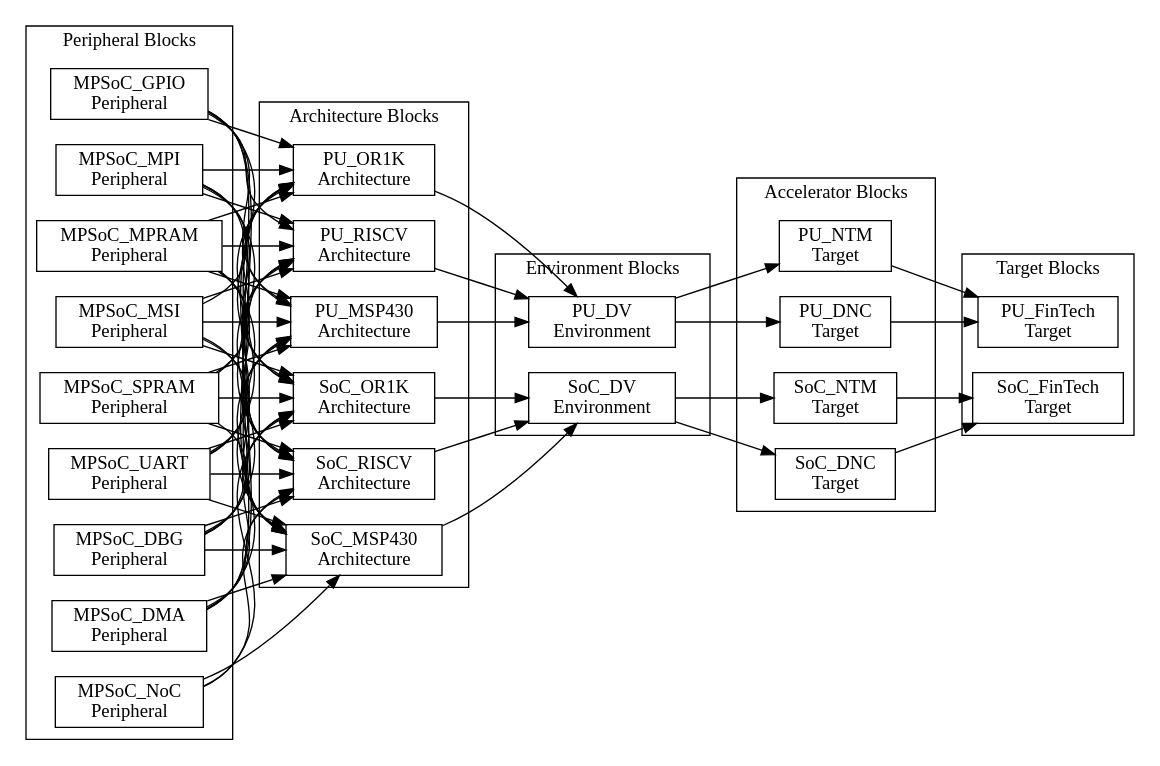
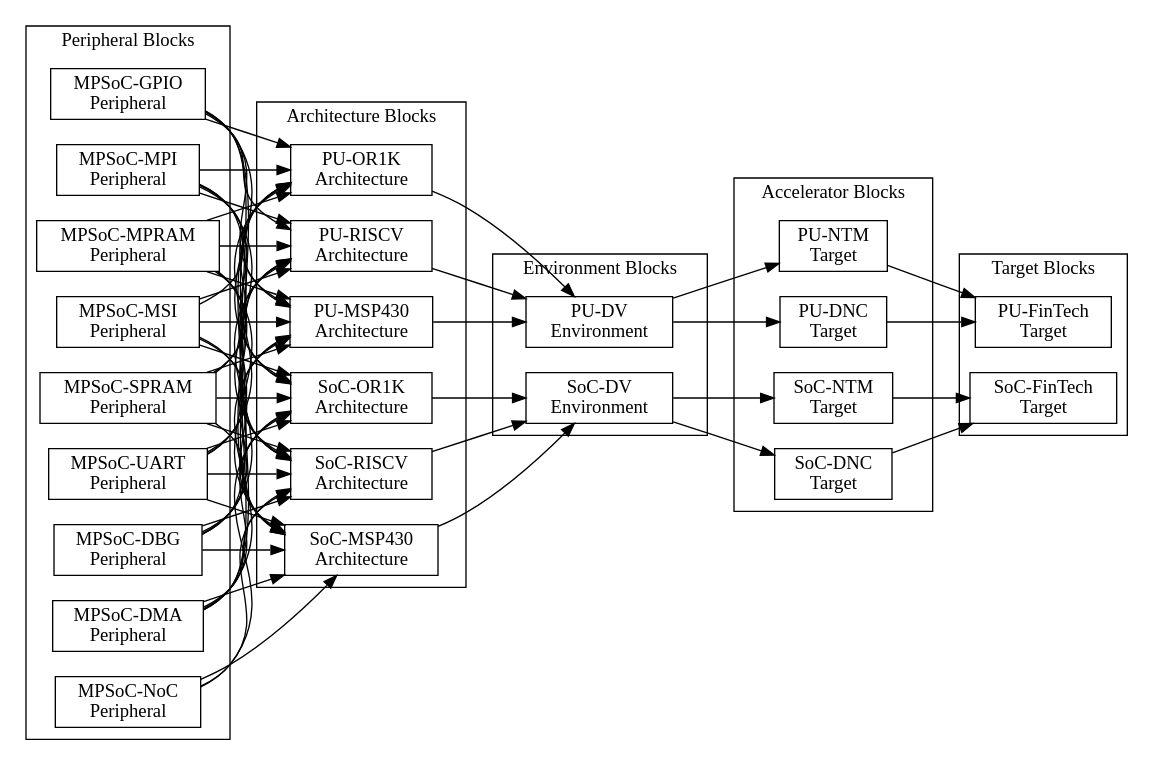
The diagram in doc/acceleration/assets/chapter5/dependences-soc-fintech.dot (PacoReinaCampo/SoC-RTOS), drawn with Graphviz before and after one commit. The commit also changed 57 other files, not shown here.

```diff
--- a/doc/acceleration/assets/chapter5/dependences-soc-fintech.dot
+++ b/doc/acceleration/assets/chapter5/dependences-soc-fintech.dot
@@ -1,132 +1,132 @@
 digraph Project {
   // Introduction
   graph [rankdir = LR];
   node[shape=record];
 
   // Peripheral Blocks
   subgraph "cluster PeripheralBlocks" { label = "Peripheral Blocks";
-    MPSoC_DBG[label="MPSoC_DBG \nPeripheral"];
-    MPSoC_DMA[label="MPSoC_DMA \nPeripheral"];
-    MPSoC_GPIO[label="MPSoC_GPIO \nPeripheral"];
-    MPSoC_MPI[label="MPSoC_MPI \nPeripheral"];
-    MPSoC_MPRAM[label="MPSoC_MPRAM \nPeripheral"];
-    MPSoC_MSI[label="MPSoC_MSI \nPeripheral"];
-    MPSoC_NoC[label="MPSoC_NoC \nPeripheral"];
-    MPSoC_SPRAM[label="MPSoC_SPRAM \nPeripheral"];
-    MPSoC_UART[label="MPSoC_UART \nPeripheral"];
+    MPSoC_DBG[label="MPSoC-DBG \nPeripheral"];
+    MPSoC_DMA[label="MPSoC-DMA \nPeripheral"];
+    MPSoC_GPIO[label="MPSoC-GPIO \nPeripheral"];
+    MPSoC_MPI[label="MPSoC-MPI \nPeripheral"];
+    MPSoC_MPRAM[label="MPSoC-MPRAM \nPeripheral"];
+    MPSoC_MSI[label="MPSoC-MSI \nPeripheral"];
+    MPSoC_NoC[label="MPSoC-NoC \nPeripheral"];
+    MPSoC_SPRAM[label="MPSoC-SPRAM \nPeripheral"];
+    MPSoC_UART[label="MPSoC-UART \nPeripheral"];
   }
 
   // Architecture Blocks
   subgraph "cluster ArchitectureBlocks" { label = "Architecture Blocks";
-    SoC_MSP430[label="SoC_MSP430 \nArchitecture"];
-    SoC_OR1K[label="SoC_OR1K \nArchitecture"];
-    SoC_RISCV[label="SoC_RISCV \nArchitecture"];
-    PU_MSP430[label="PU_MSP430 \nArchitecture"];
-    PU_OR1K[label="PU_OR1K \nArchitecture"];
-    PU_RISCV[label="PU_RISCV \nArchitecture"];
+    SoC_MSP430[label="SoC-MSP430 \nArchitecture"];
+    SoC_OR1K[label="SoC-OR1K \nArchitecture"];
+    SoC_RISCV[label="SoC-RISCV \nArchitecture"];
+    PU_MSP430[label="PU-MSP430 \nArchitecture"];
+    PU_OR1K[label="PU-OR1K \nArchitecture"];
+    PU_RISCV[label="PU-RISCV \nArchitecture"];
   }
 
   // Environment Blocks
   subgraph "cluster EnvironmentBlocks" { label = "Environment Blocks";
-    SoC_DV[label="SoC_DV \nEnvironment"];
-    PU_DV[label="PU_DV \nEnvironment"];
+    SoC_DV[label="SoC-DV \nEnvironment"];
+    PU_DV[label="PU-DV \nEnvironment"];
   }
 
   // Accelerator Blocks
   subgraph "cluster AcceleratorBlocks" { label = "Accelerator Blocks";
-    SoC_NTM[label="SoC_NTM \nTarget"];
-    PU_NTM[label="PU_NTM \nTarget"];
+    SoC_NTM[label="SoC-NTM \nTarget"];
+    PU_NTM[label="PU-NTM \nTarget"];
 
-    SoC_DNC[label="SoC_DNC \nTarget"];
-    PU_DNC[label="PU_DNC \nTarget"];
+    SoC_DNC[label="SoC-DNC \nTarget"];
+    PU_DNC[label="PU-DNC \nTarget"];
   }
 
   // Target Blocks
   subgraph "cluster TargetBlocks" { label = "Target Blocks";
-    SoC_FinTech[label="SoC_FinTech \nTarget"];
-    PU_FinTech[label="PU_FinTech \nTarget"];
+    SoC_FinTech[label="SoC-FinTech \nTarget"];
+    PU_FinTech[label="PU-FinTech \nTarget"];
   }
 
   // Peripheral -> Architecture
   MPSoC_DBG -> SoC_MSP430;
   MPSoC_DMA -> SoC_MSP430;
   MPSoC_GPIO -> SoC_MSP430;
   MPSoC_MPI -> SoC_MSP430;
   MPSoC_MPRAM -> SoC_MSP430;
   MPSoC_MSI -> SoC_MSP430;
   MPSoC_NoC -> SoC_MSP430;
   MPSoC_SPRAM -> SoC_MSP430;
   MPSoC_UART -> SoC_MSP430;
 
   MPSoC_DBG -> PU_MSP430;
   MPSoC_DMA -> PU_MSP430;
   MPSoC_GPIO -> PU_MSP430;
   MPSoC_MPI -> PU_MSP430;
   MPSoC_MPRAM -> PU_MSP430;
   MPSoC_MSI -> PU_MSP430;
   MPSoC_SPRAM -> PU_MSP430;
   MPSoC_UART -> PU_MSP430;
 
 
   MPSoC_DBG -> SoC_OR1K;
   MPSoC_DMA -> SoC_OR1K;
   MPSoC_GPIO -> SoC_OR1K;
   MPSoC_MPI -> SoC_OR1K;
   MPSoC_MPRAM -> SoC_OR1K;
   MPSoC_MSI -> SoC_OR1K;
   MPSoC_NoC -> SoC_OR1K;
   MPSoC_SPRAM -> SoC_OR1K;
   MPSoC_UART -> SoC_OR1K;
 
   MPSoC_DBG -> PU_OR1K;
   MPSoC_DMA -> PU_OR1K;
   MPSoC_GPIO -> PU_OR1K;
   MPSoC_MPI -> PU_OR1K;
   MPSoC_MPRAM -> PU_OR1K;
   MPSoC_MSI -> PU_OR1K;
   MPSoC_SPRAM -> PU_OR1K;
   MPSoC_UART -> PU_OR1K;
 
 
   MPSoC_DBG -> SoC_RISCV;
   MPSoC_DMA -> SoC_RISCV;
   MPSoC_GPIO -> SoC_RISCV;
   MPSoC_MPI -> SoC_RISCV;
   MPSoC_MPRAM -> SoC_RISCV;
   MPSoC_MSI -> SoC_RISCV;
   MPSoC_NoC -> SoC_RISCV;
   MPSoC_SPRAM -> SoC_RISCV;
   MPSoC_UART -> SoC_RISCV;
 
   MPSoC_DBG -> PU_RISCV;
   MPSoC_DMA -> PU_RISCV;
   MPSoC_GPIO -> PU_RISCV;
   MPSoC_MPI -> PU_RISCV;
   MPSoC_MPRAM -> PU_RISCV;
   MPSoC_MSI -> PU_RISCV;
   MPSoC_SPRAM -> PU_RISCV;
   MPSoC_UART -> PU_RISCV;
 
   // Architecture -> Environment
   PU_MSP430 -> PU_DV;
   PU_OR1K -> PU_DV;
   PU_RISCV -> PU_DV;
 
   SoC_MSP430 -> SoC_DV;
   SoC_OR1K -> SoC_DV;
   SoC_RISCV -> SoC_DV;
 
   // Environment -> Accelerator
   PU_DV -> PU_NTM;
   PU_DV -> PU_DNC;
 
   SoC_DV -> SoC_NTM;
   SoC_DV -> SoC_DNC;
 
   // Accelerator -> Target
   PU_NTM -> PU_FinTech;
   PU_DNC -> PU_FinTech;
 
   SoC_NTM -> SoC_FinTech;
   SoC_DNC -> SoC_FinTech;
 }
```
